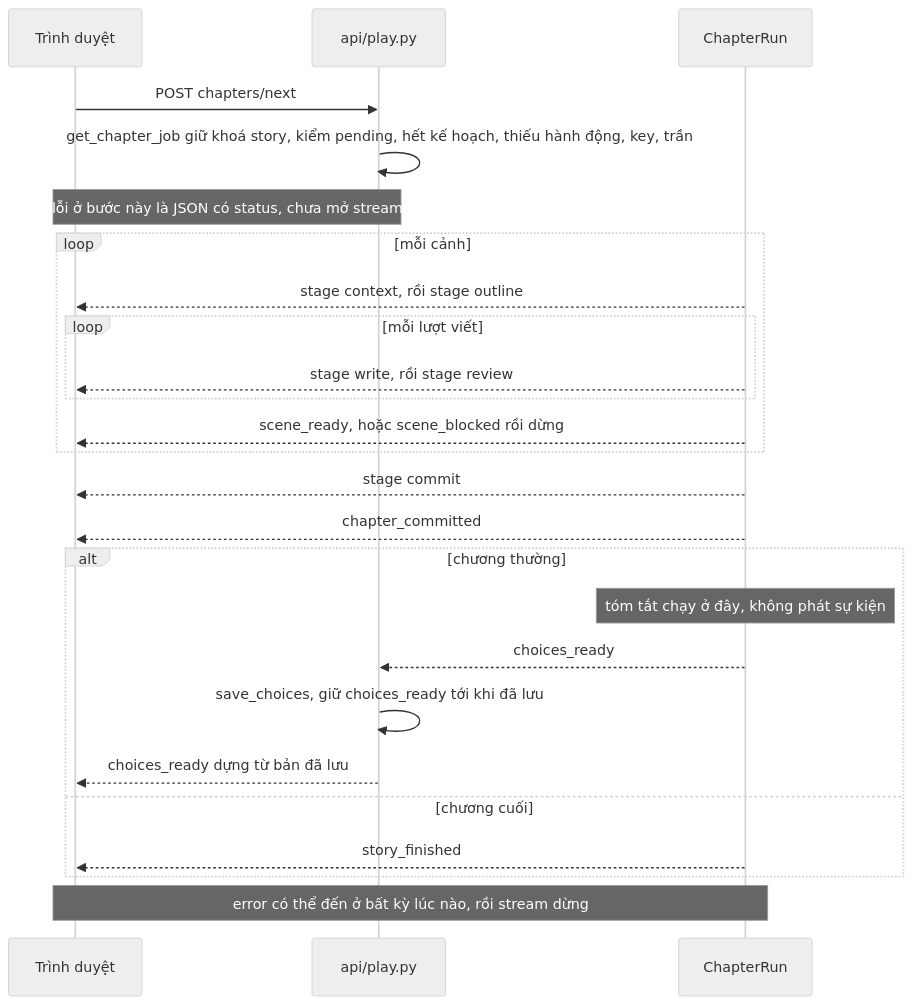
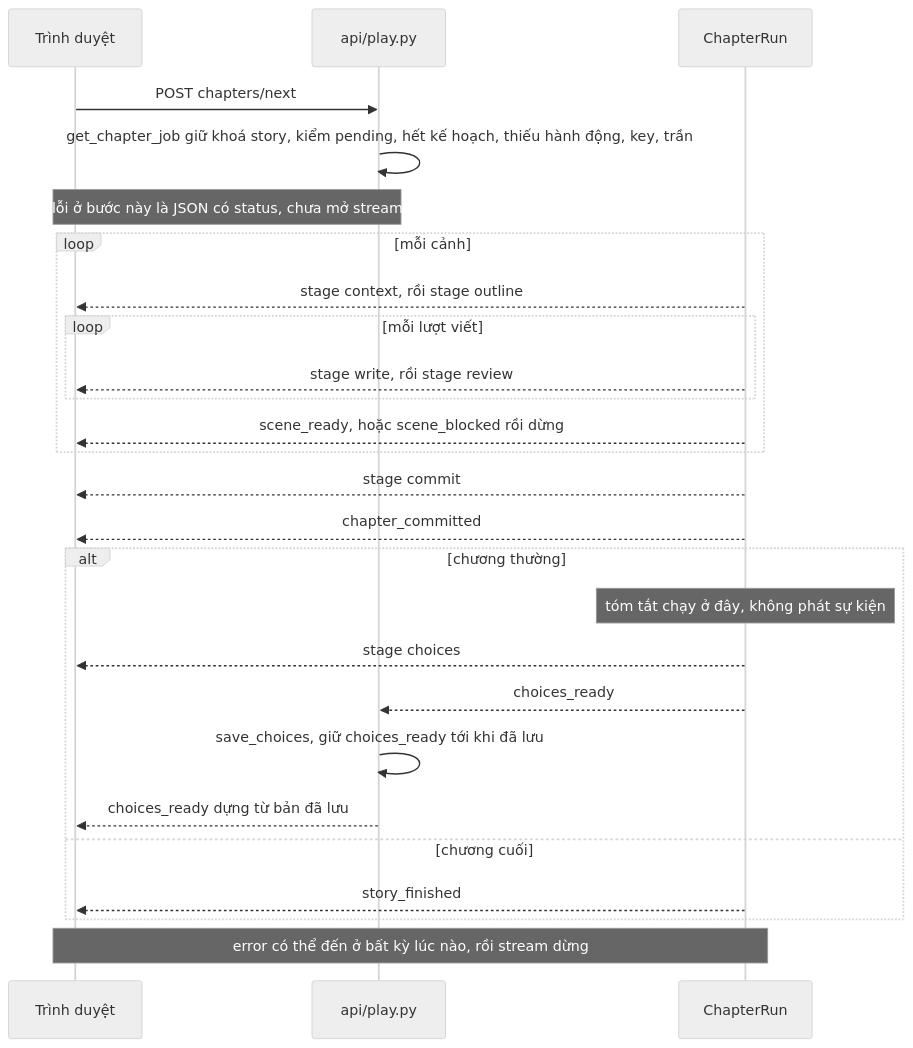
One commit to orms147/writory changed the tenth of 11 diagrams in docs/architecture.md. Above: the diagram before and after it, drawn with Mermaid (neutral theme). The commit also changed other lines of this file, not shown here.

First line of the commit message:
docs(architecture): sửa chỗ lệch code tìm được khi kiểm độc lập (D-104)

````diff
--- a/docs/architecture.md
+++ b/docs/architecture.md
@@ -364,27 +366,28 @@
 ```mermaid
 sequenceDiagram
   participant B as Trình duyệt
   participant A as api/play.py
   participant P as ChapterRun
   B->>A: POST chapters/next
   A->>A: get_chapter_job giữ khoá story, kiểm pending, hết kế hoạch, thiếu hành động, key, trần
   Note over B,A: lỗi ở bước này là JSON có status, chưa mở stream
   loop mỗi cảnh
     P-->>B: stage context, rồi stage outline
     loop mỗi lượt viết
       P-->>B: stage write, rồi stage review
     end
     P-->>B: scene_ready, hoặc scene_blocked rồi dừng
   end
   P-->>B: stage commit
   P-->>B: chapter_committed
   alt chương thường
     Note over P: tóm tắt chạy ở đây, không phát sự kiện
+    P-->>B: stage choices
     P-->>A: choices_ready
     A->>A: save_choices, giữ choices_ready tới khi đã lưu
     A-->>B: choices_ready dựng từ bản đã lưu
   else chương cuối
     P-->>B: story_finished
   end
   Note over B,P: error có thể đến ở bất kỳ lúc nào, rồi stream dừng
 ```
````
